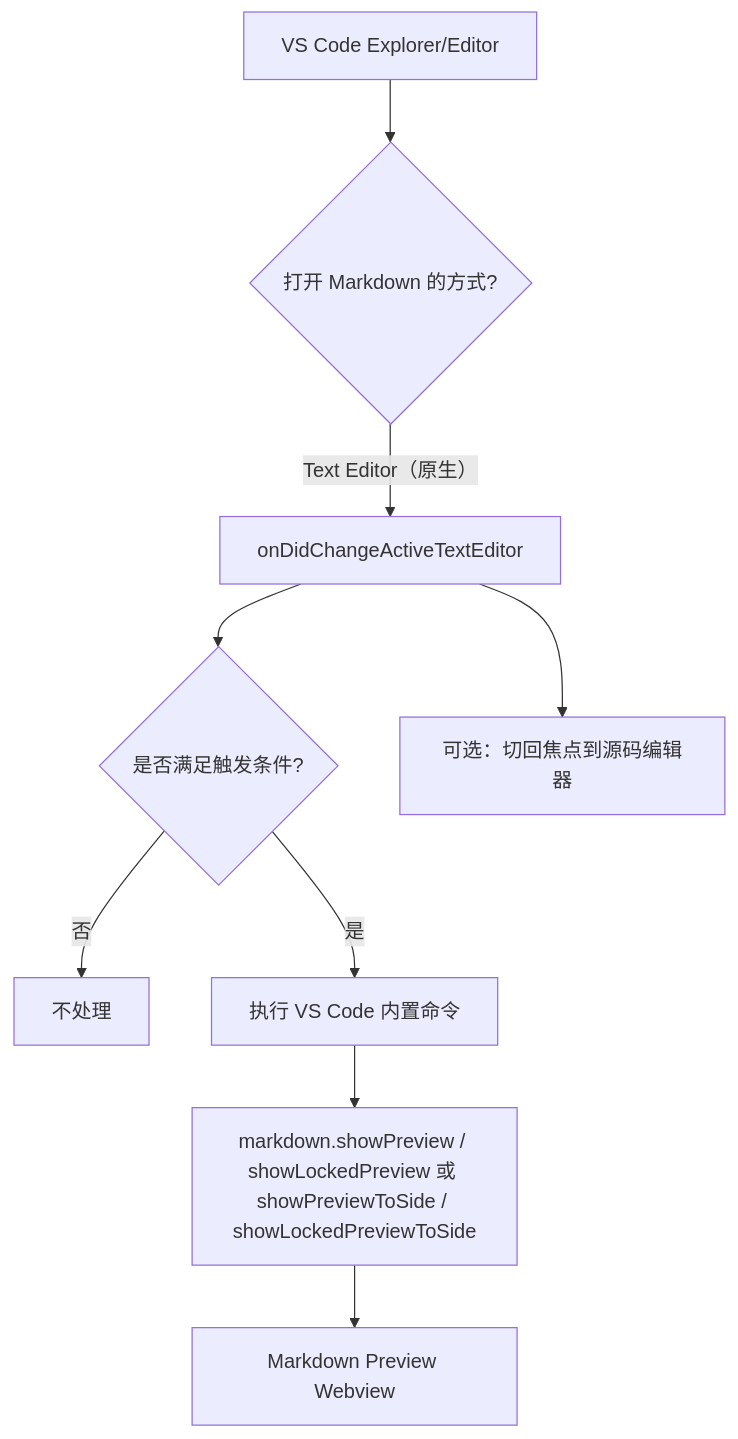
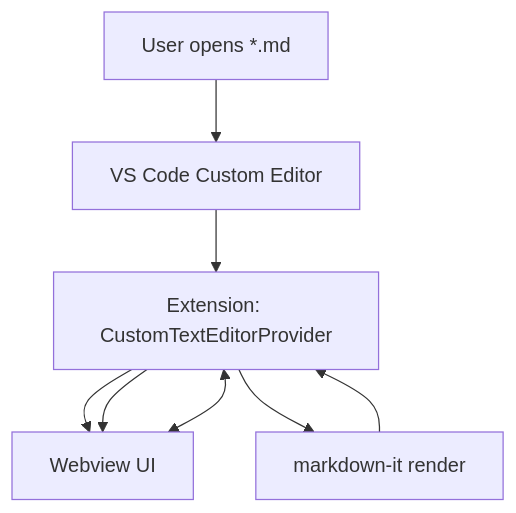
One commit to fengyouliang/markdown-vscode-plugin changed the first of 2 diagrams in helloagents/wiki/arch.md. Above: the diagram before and after it, drawn with Mermaid. The commit also changed other lines of this file and 13 other files, not shown here.

````diff
--- a/helloagents/wiki/arch.md
+++ b/helloagents/wiki/arch.md
@@ -4,11 +4,10 @@
 ```mermaid
 flowchart TD
-    A[VS Code Explorer/Editor] --> B{打开 Markdown 的方式?}
-    B -->|Text Editor（原生）| G[onDidChangeActiveTextEditor]
-    G --> H{是否满足触发条件?}
-    H -->|否| I[不处理]
-    H -->|是| J[执行 VS Code 内置命令]
-    J --> K[markdown.showPreview / showLockedPreview 或 showPreviewToSide / showLockedPreviewToSide]
-    K --> L[Markdown Preview Webview]
-    G --> M[可选：切回焦点到源码编辑器]
+    A[User opens *.md] --> B[VS Code Custom Editor]
+    B --> C[Extension: CustomTextEditorProvider]
+    C --> D[Webview UI]
+    C --> E[markdown-it render]
+    D <--> C
+    E --> C
+    C --> D
 ```
````
